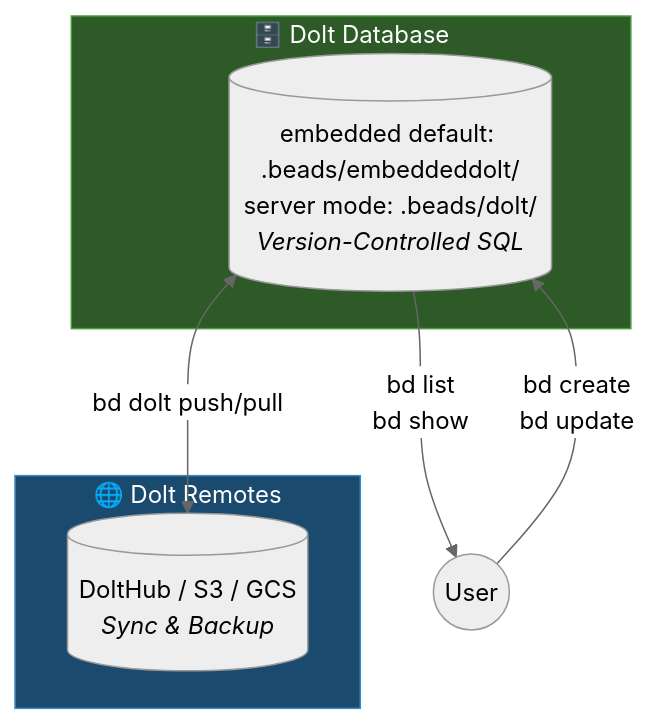
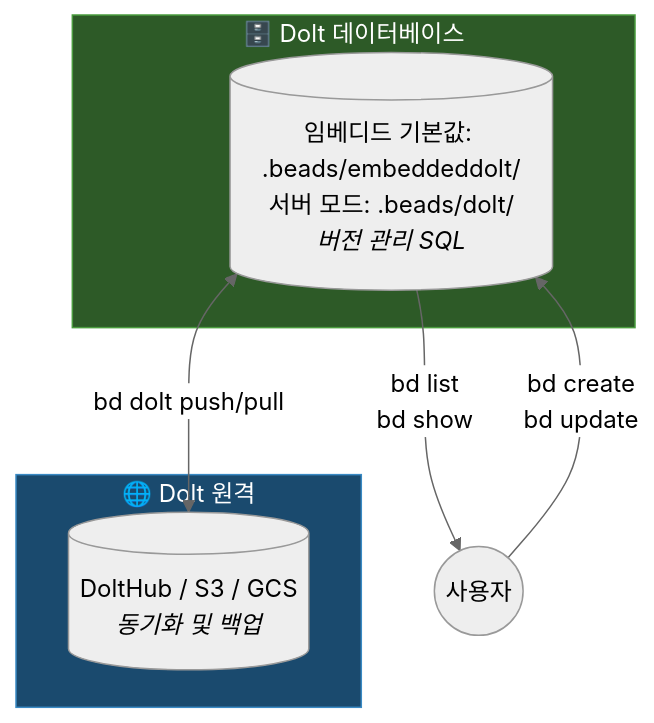
Before and after one commit to gastownhall/beads: the diagram in docs/architecture/index.md, drawn with Mermaid (neutral theme). The commit also changed other lines of this file and 179 other files, not shown here.

````diff
--- a/docs/architecture/index.md
+++ b/docs/architecture/index.md
@@ -16,18 +16,18 @@
 ```mermaid
 flowchart TD
-    subgraph DOLT["🗄️ Dolt Database"]
-        D[("embedded default: .beads/embeddeddolt/<br/>server mode: .beads/dolt/<br/><i>Version-Controlled SQL</i>")]
+    subgraph DOLT["🗄️ Dolt 데이터베이스"]
+        D[("임베디드 기본값: .beads/embeddeddolt/<br/>서버 모드: .beads/dolt/<br/><i>버전 관리 SQL</i>")]
     end
 
-    subgraph REMOTE["🌐 Dolt Remotes"]
-        R[("DoltHub / S3 / GCS<br/><i>Sync & Backup</i>")]
+    subgraph REMOTE["🌐 Dolt 원격"]
+        R[("DoltHub / S3 / GCS<br/><i>동기화 및 백업</i>")]
     end
 
     D <-->|"bd dolt push/pull"| R
 
-    U((User)) -->|"bd create<br/>bd update"| D
+    U((사용자)) -->|"bd create<br/>bd update"| D
     D -->|"bd list<br/>bd show"| U
 
     style DOLT fill:#2d5a27,stroke:#4a9c3e,color:#fff
     style REMOTE fill:#1a4a6e,stroke:#3a8ac4,color:#fff
 ```
````
